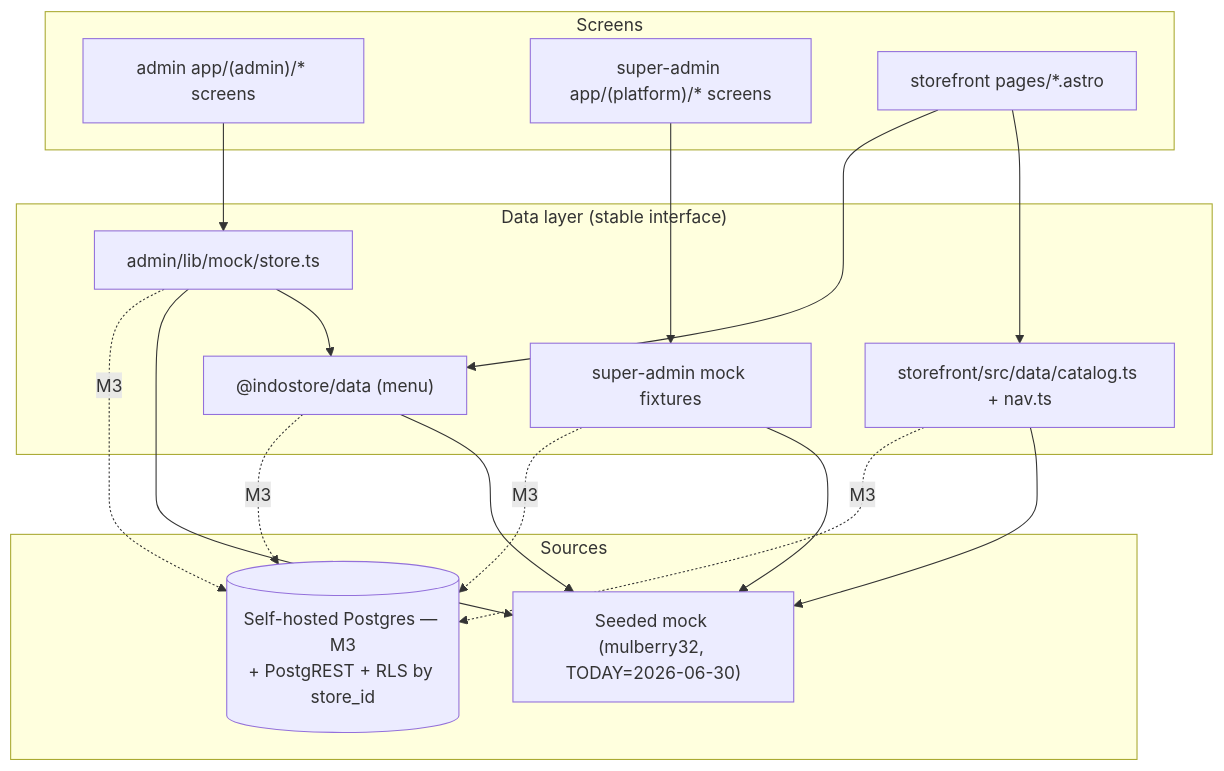
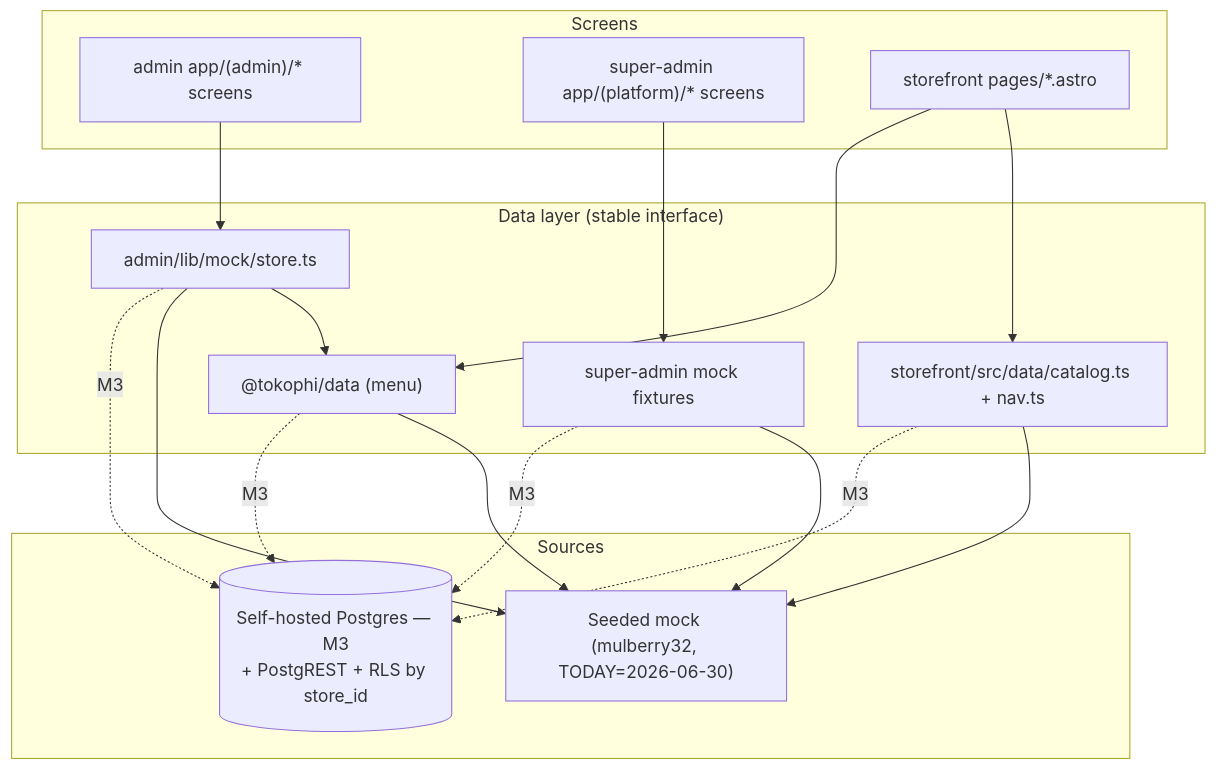
Before and after one commit to ongkipro/tokophi: the seventh of 11 diagrams in specs/docs/UML.md, drawn with Mermaid. The commit also changed other lines of this file and 98 other files, not shown here.

````diff
--- a/specs/docs/UML.md
+++ b/specs/docs/UML.md
@@ -318,33 +318,33 @@
 ```mermaid
 graph TB
   subgraph Screens
     A1["admin app/(admin)/* screens"]
     S1["super-admin app/(platform)/* screens"]
     F1["storefront pages/*.astro"]
   end
   subgraph Seam["Data layer (stable interface)"]
     AM["admin/lib/mock/store.ts"]
     SM["super-admin mock fixtures"]
     SC["storefront/src/data/catalog.ts + nav.ts"]
-    DP["@indostore/data (menu)"]
+    DP["@tokophi/data (menu)"]
   end
   subgraph Sources
     MOCK["Seeded mock (mulberry32, TODAY=2026-06-30)"]
     SB[("Self-hosted Postgres — M3<br/>+ PostgREST + RLS by store_id")]
   end
 
   A1 --> AM
   S1 --> SM
   F1 --> SC
   F1 --> DP
   AM --> DP
 
   AM --> MOCK
   SM --> MOCK
   SC --> MOCK
   DP --> MOCK
   AM -. M3 .-> SB
   SM -. M3 .-> SB
   SC -. M3 .-> SB
   DP -. M3 .-> SB
 ```
````
